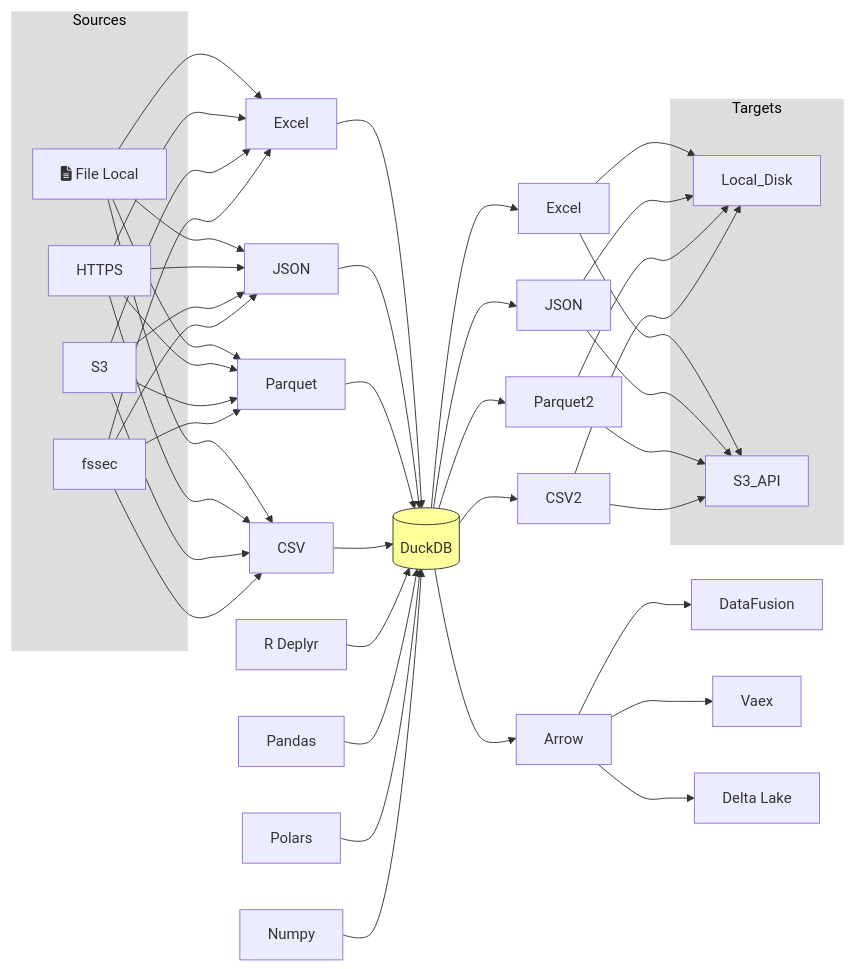
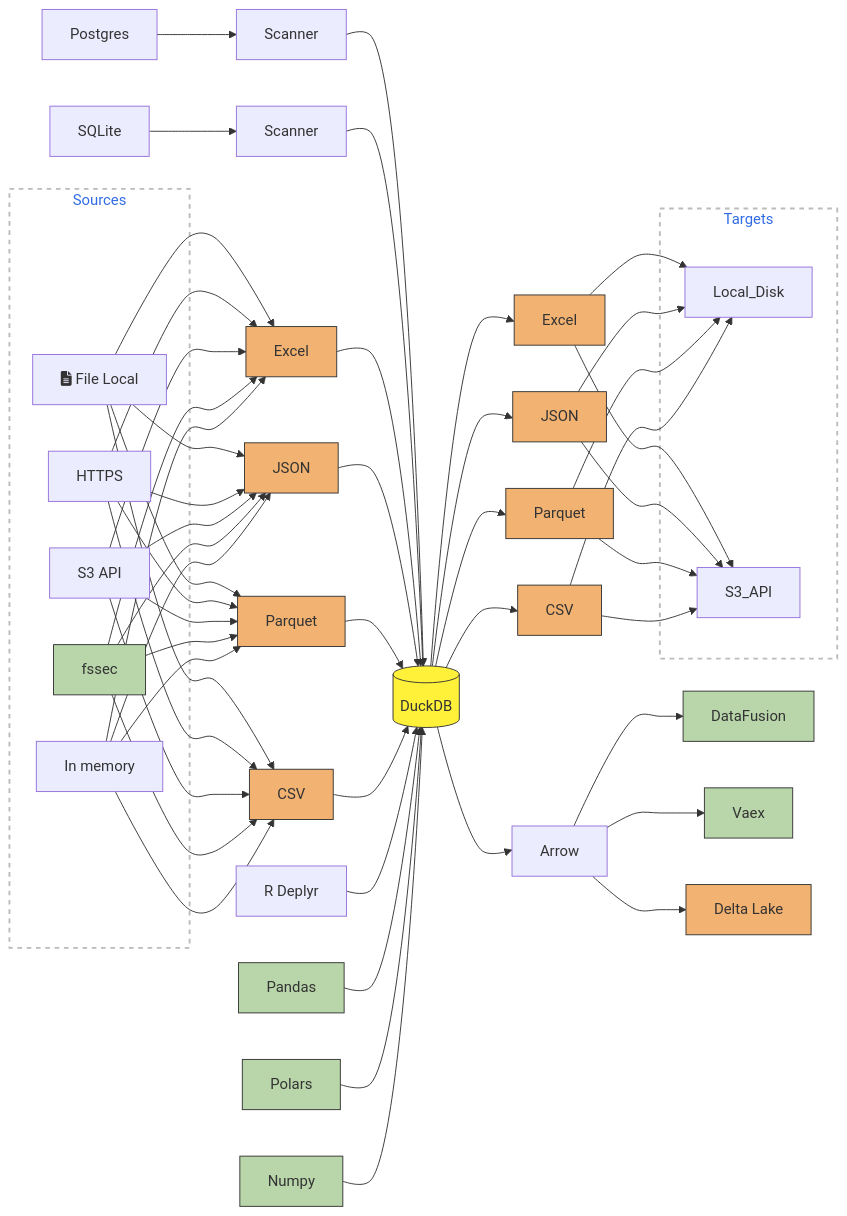
One commit to ned2/duckpond changed the diagram in README.md. Above: the diagram before and after it, drawn with Mermaid. The commit also changed other lines of this file, not shown here.

Commit message:
Initial setup of class definitions

````diff
--- a/README.md
+++ b/README.md
@@ -9,48 +10,53 @@
 ```mermaid
 
 %%{init: {"flowchart": {"curve": "catmullRom"}, "themeVariables": {"edgeLabelBackground": "transparent"}}}%%
 
 
 flowchart LR
 
-Local & HTTPS & S3 & fssec --> Excel & JSON & Parquet & CSV
+Postgres --> ScannerPG[Scanner] --> DuckDB
+SQLite --> ScannerSL[Scanner] --> DuckDB
+Local[Local disk] & HTTPS & S3[S3 API] & fssec & InMemory[In memory] --> Excel & JSON & Parquet & CSV
 Excel & JSON & Parquet & CSV --> DuckDB
-R_deplyr & Pandas & Polars & Numpy --> DuckDB
-DuckDB --> Excel2 & JSON2 & Parquet2 & CSV2
+R_deplyr[R Deplyr] & Pandas & Polars & Numpy --> DuckDB
+DuckDB --> Excel2[Excel] & JSON2[JSON] & Parquet2[Parquet] & CSV2[CSV]
 Excel2 & JSON2 & Parquet2 & CSV2 --> Local_Disk & S3_API
 DuckDB --> Arrow
-Arrow --> DataFusion & Vaex & Delta_Lake
+Arrow --> DataFusion & Vaex & Delta_Lake[Delta Lake]
 
 
 subgraph Sources
-Local & HTTPS & S3 & fssec
+Local & HTTPS & S3 & fssec & InMemory
 end
 
 subgraph Targets
 Local_Disk & S3_API
 end
 
 click DuckDB "https://duckdb.org/"
+click ScannerPG "https://duckdb.org/docs/extensions/postgres_scanner.html"
+click ScannerSL "https://duckdb.org/docs/extensions/sqlite_scanner"
 
-class Sources,Targets cd_box1;
-class DuckDB cd_box4;
+class Sources,Targets cd_dashed;
+class DuckDB cd_yellow;
+class Excel,JSON,Parquet,CSV,Excel2,JSON2,CSV2,Parquet2,Delta_Lake cd_orange;
+class fssec,Pandas,Polars,Numpy,DataFusion,Vaex cd_green;
 
-classDef cd_box1 fill:#ddd,stroke:#fff,stroke-width:4px,color:#000;
+classDef cd_grey   fill:#ddd,stroke:#fff,stroke-width:4px,color:#000;
+classDef cd_yellow fill:#FFF03A,stroke:#333,stroke-width:px
+classDef cd_orange fill:#F2B372,stroke:#333,stroke-width:px
+classDef cd_green fill:#B9D6AA,stroke:#333,stroke-width:px
+classDef cd_dashed fill:#fff,stroke:#bbb,stroke-width:2px,color:#326ce5,stroke-dasharray: 5 5;
 classDef cd_box2 fill:#326ce5,stroke:#fff,stroke-width:4px,color:#fff;
 classDef cd_box3 fill:#fff,stroke:#bbb,stroke-width:2px,color:#326ce5;
-classDef cd_box4 fill:#FCFF99,stroke:#333,stroke-width:px
 classDef cd_box5 fill:#bbf,stroke:#f66,stroke-width:2px,color:#fff,stroke-dasharray: 5 5
 
-R_deplyr[R Deplyr] 
-Delta_Lake[Delta Lake]
-Excel2[Excel]
-JSON2[JSON]
+
 
 
 DuckDB[("DuckDB")]
-%% Local>Local file]
 Local[fa:fa-file-alt File Local]
 
 
 
 ```
````
